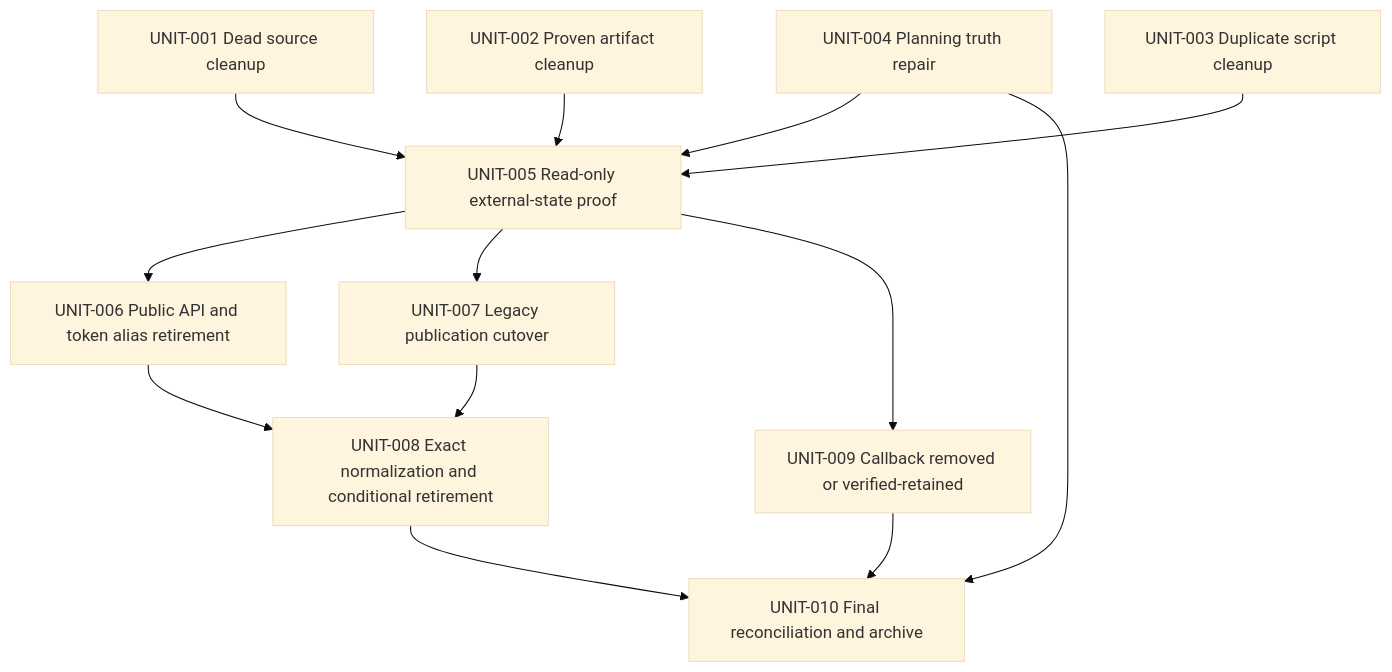
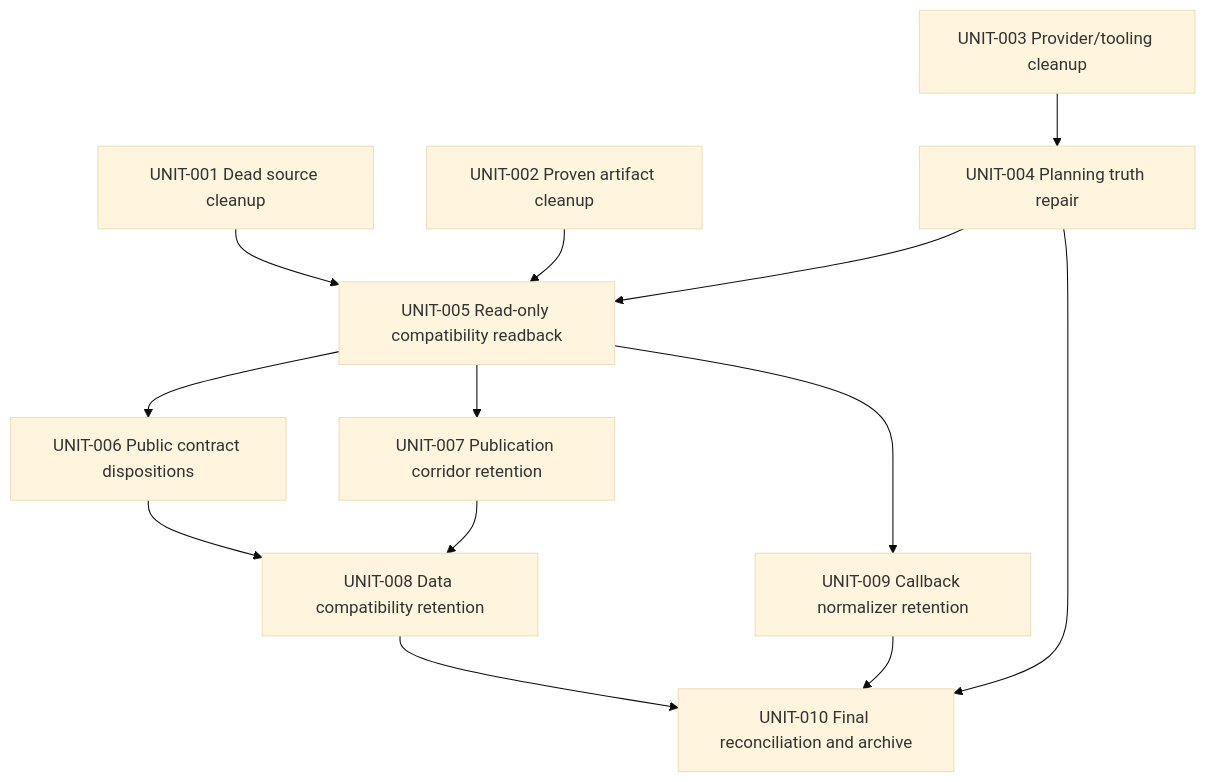
The diagram in .ai/03_plans/2026-07-15/Legacy-Cleanup/IMPLEMENTATION_PLAN.md (pjel888/archestimator), drawn with Mermaid (base theme) before and after one commit. The commit also changed other lines of this file and 4 other files, not shown here.

First line of the commit message:
docs(plans): flesh out Legacy-Cleanup audit and execution plan

````diff
--- a/.ai/03_plans/2026-07-15/Legacy-Cleanup/IMPLEMENTATION_PLAN.md
+++ b/.ai/03_plans/2026-07-15/Legacy-Cleanup/IMPLEMENTATION_PLAN.md
@@ -20,25 +43,25 @@
 ```mermaid
 flowchart TD
   U1["UNIT-001 Dead source cleanup"]
   U2["UNIT-002 Proven artifact cleanup"]
-  U3["UNIT-003 Duplicate script cleanup"]
+  U3["UNIT-003 Provider/tooling cleanup"]
   U4["UNIT-004 Planning truth repair"]
-  U5["UNIT-005 Read-only external-state proof"]
-  U6["UNIT-006 Public API and token alias retirement"]
-  U7["UNIT-007 Legacy publication cutover"]
-  U8["UNIT-008 Exact normalization and conditional retirement"]
-  U9["UNIT-009 Callback removed or verified-retained"]
+  U5["UNIT-005 Read-only compatibility readback"]
+  U6["UNIT-006 Public contract dispositions"]
+  U7["UNIT-007 Publication corridor retention"]
+  U8["UNIT-008 Data compatibility retention"]
+  U9["UNIT-009 Callback normalizer retention"]
   U10["UNIT-010 Final reconciliation and archive"]
+  U3 --> U4
   U1 --> U5
   U2 --> U5
-  U3 --> U5
   U4 --> U5
   U5 --> U6
   U5 --> U7
   U6 --> U8
   U7 --> U8
   U5 --> U9
   U4 --> U10
   U8 --> U10
   U9 --> U10
 ```
````
